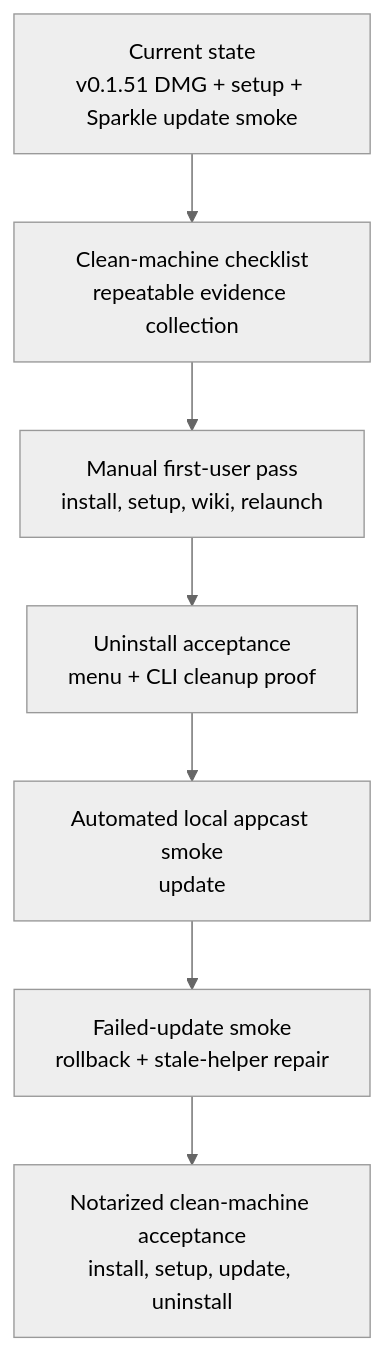
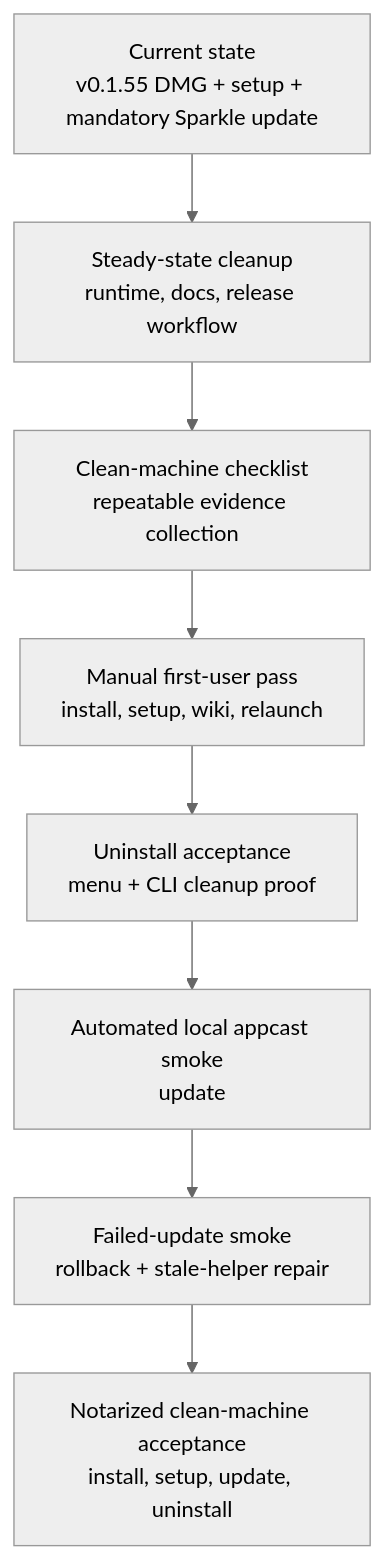
The diagram in docs/macos-professional-app-remaining-work.md (hapticasensorics/1context), drawn with Mermaid (neutral theme) before and after one commit. The commit also changed other lines of this file and 14 other files, not shown here.

````diff
--- a/docs/macos-professional-app-remaining-work.md
+++ b/docs/macos-professional-app-remaining-work.md
@@ -80,12 +80,13 @@
 ```mermaid
 flowchart TD
-  Current["Current state\nv0.1.51 DMG + setup + Sparkle update smoke"]
+  Current["Current state\nv0.1.55 DMG + setup + mandatory Sparkle update"]
+  Steady["Steady-state cleanup\nruntime, docs, release workflow"]
   Harness["Clean-machine checklist\nrepeatable evidence collection"]
   Manual["Manual first-user pass\ninstall, setup, wiki, relaunch"]
   Uninstall["Uninstall acceptance\nmenu + CLI cleanup proof"]
   LocalSmoke["Automated local appcast smoke\nupdate"]
   Rollback["Failed-update smoke\nrollback + stale-helper repair"]
   CleanMachine["Notarized clean-machine acceptance\ninstall, setup, update, uninstall"]
 
-  Current --> Harness --> Manual --> Uninstall --> LocalSmoke --> Rollback --> CleanMachine
+  Current --> Steady --> Harness --> Manual --> Uninstall --> LocalSmoke --> Rollback --> CleanMachine
 ```
````
